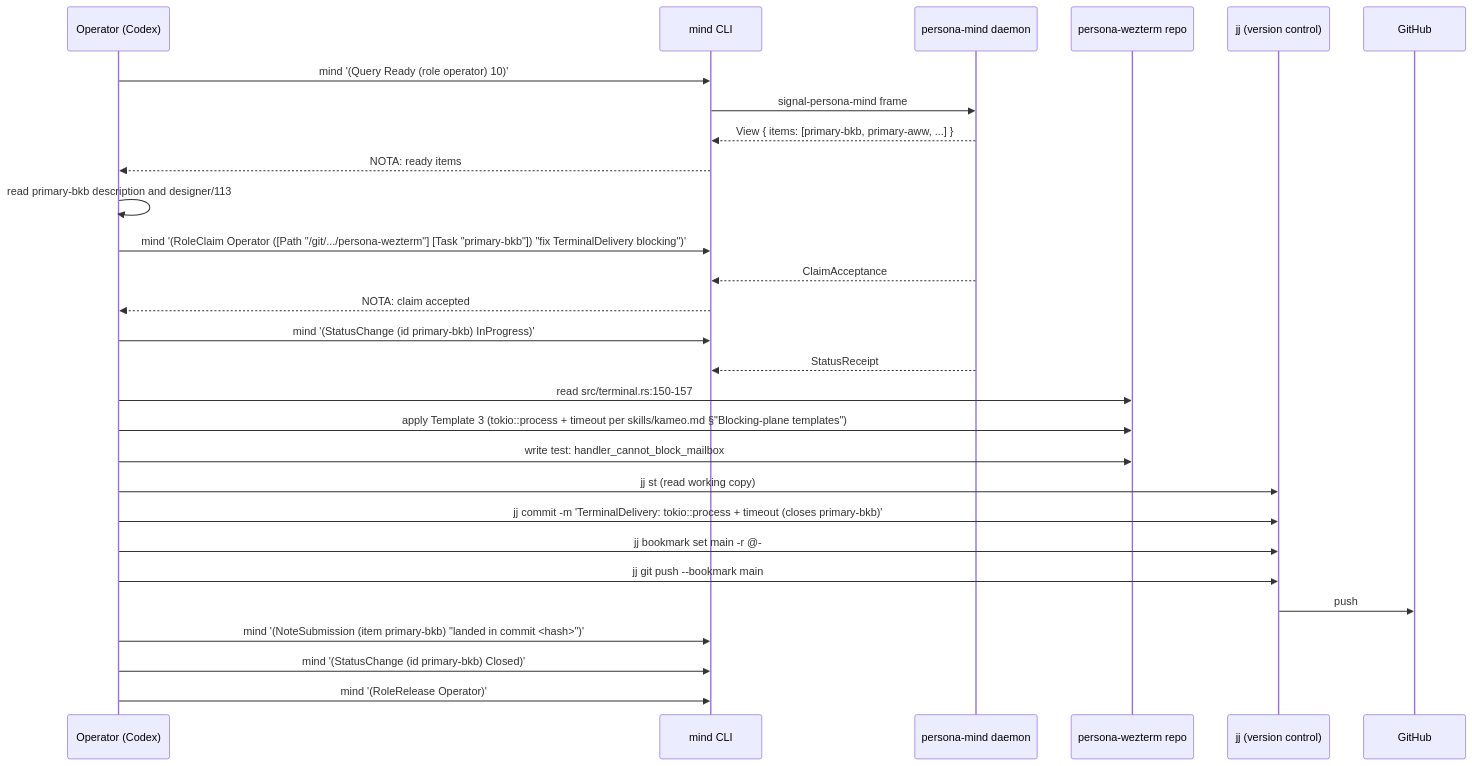
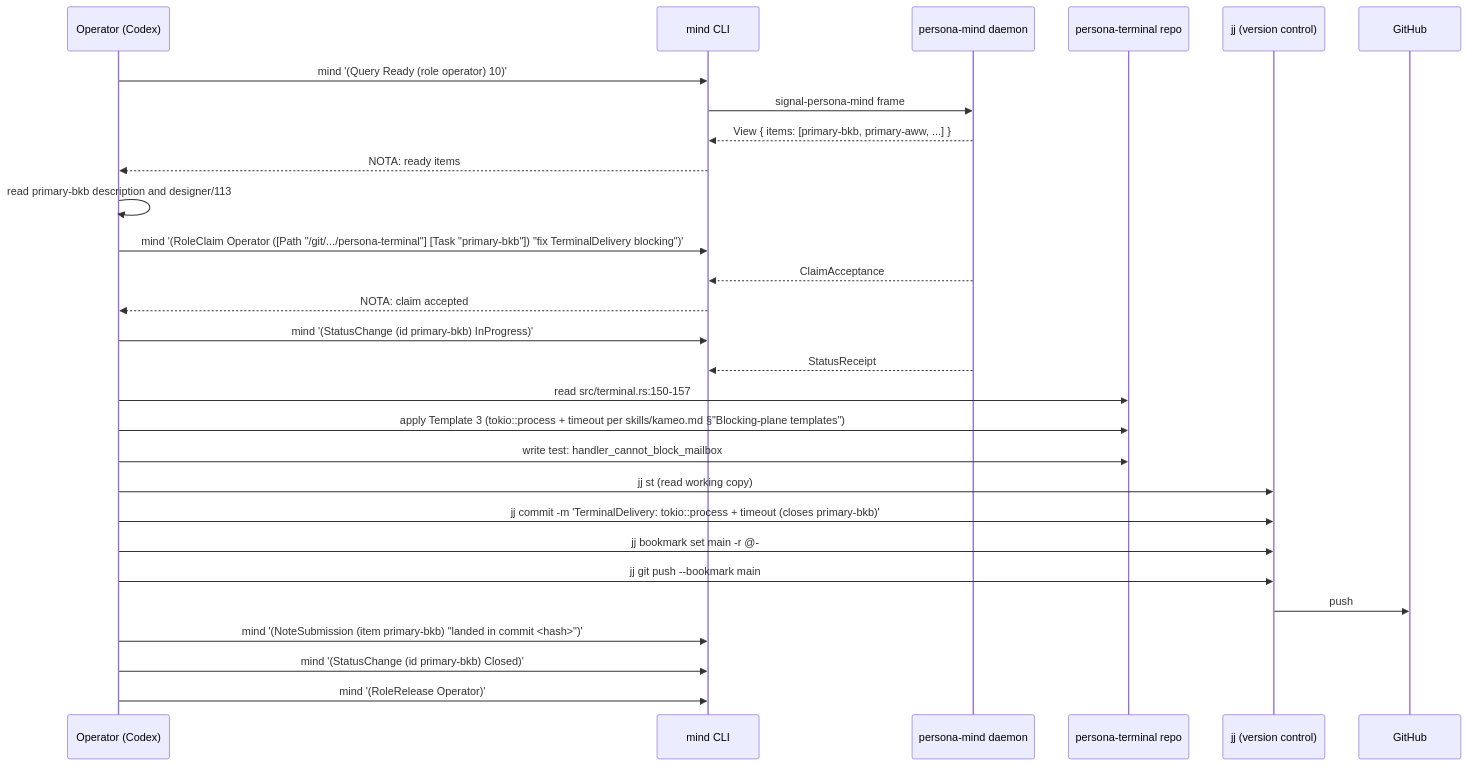
Diagram 14 of 18 in reports/designer/114-persona-vision-as-of-2026-05-11.md (LiGoldragon/primary), drawn with Mermaid before and after one commit. The commit also changed other lines of this file, not shown here.

Commit message:
designer/114: apply Li 2026-05-11 corrections — drop WezTerm, add persona-message proxy visibly, system→terminal edge, smaller diagrams (3 instead of 1), agents inside terminal-cell, human-only-via-agent model

````diff
--- a/reports/designer/114-persona-vision-as-of-2026-05-11.md
+++ b/reports/designer/114-persona-vision-as-of-2026-05-11.md
@@ -935,37 +885,37 @@
 ```mermaid
 sequenceDiagram
     participant Op as Operator (Codex)
     participant MindCLI as mind CLI
     participant Mind as persona-mind daemon
-    participant Repo as persona-wezterm repo
+    participant Repo as persona-terminal repo
     participant JJ as jj (version control)
     participant GitHub
 
     Op->>MindCLI: mind '(Query Ready (role operator) 10)'
     MindCLI->>Mind: signal-persona-mind frame
     Mind-->>MindCLI: View { items: [primary-bkb, primary-aww, ...] }
     MindCLI-->>Op: NOTA: ready items
 
     Op->>Op: read primary-bkb description and designer/113
 
-    Op->>MindCLI: mind '(RoleClaim Operator ([Path "/git/.../persona-wezterm"] [Task "primary-bkb"]) "fix TerminalDelivery blocking")'
+    Op->>MindCLI: mind '(RoleClaim Operator ([Path "/git/.../persona-terminal"] [Task "primary-bkb"]) "fix TerminalDelivery blocking")'
     Mind-->>MindCLI: ClaimAcceptance
     MindCLI-->>Op: NOTA: claim accepted
 
     Op->>MindCLI: mind '(StatusChange (id primary-bkb) InProgress)'
     Mind-->>MindCLI: StatusReceipt
 
     Op->>Repo: read src/terminal.rs:150-157
     Op->>Repo: apply Template 3 (tokio::process + timeout per skills/kameo.md §"Blocking-plane templates")
     Op->>Repo: write test: handler_cannot_block_mailbox
 
     Op->>JJ: jj st (read working copy)
     Op->>JJ: jj commit -m 'TerminalDelivery: tokio::process + timeout (closes primary-bkb)'
     Op->>JJ: jj bookmark set main -r @-
     Op->>JJ: jj git push --bookmark main
     JJ->>GitHub: push
 
     Op->>MindCLI: mind '(NoteSubmission (item primary-bkb) "landed in commit <hash>")'
     Op->>MindCLI: mind '(StatusChange (id primary-bkb) Closed)'
     Op->>MindCLI: mind '(RoleRelease Operator)'
 ```
````
